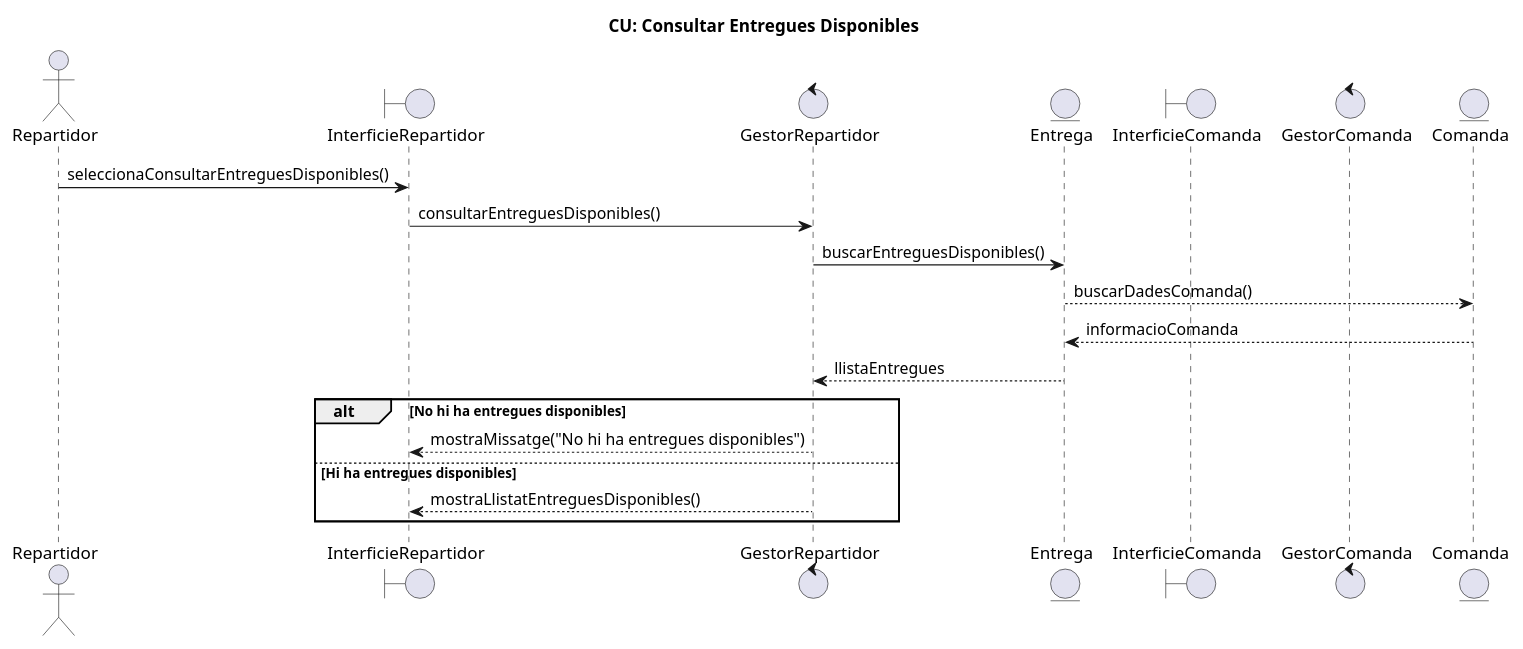
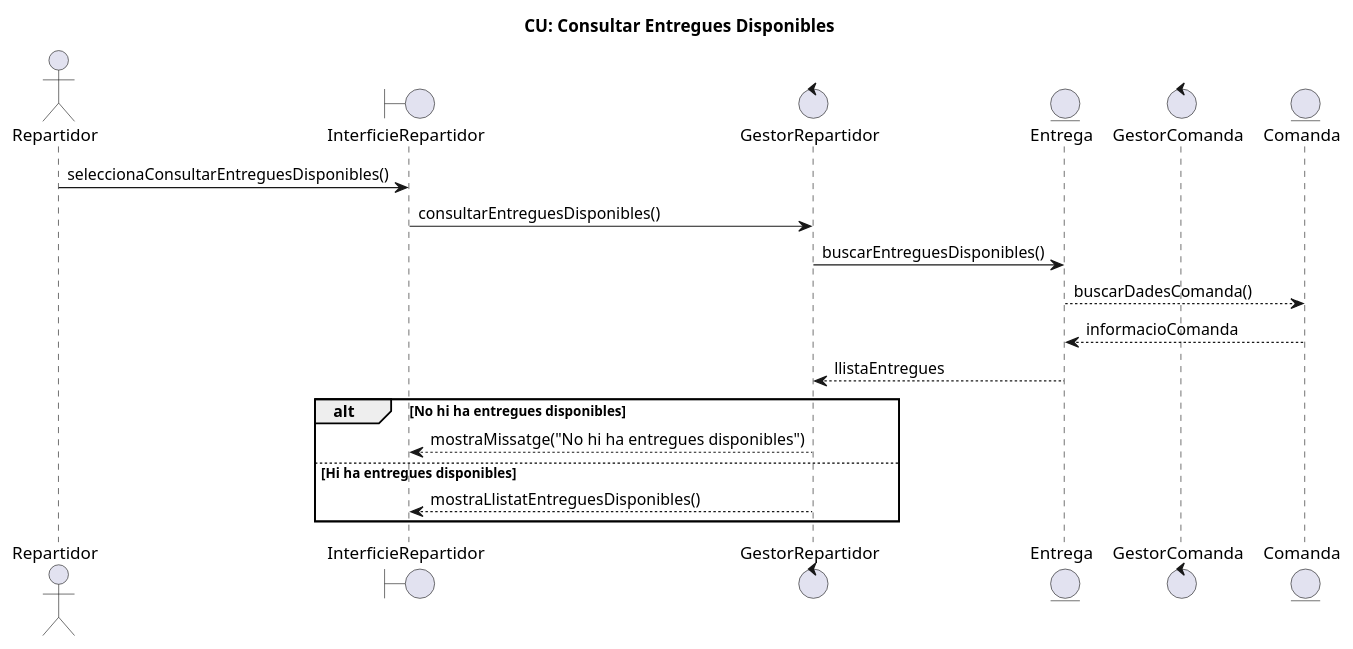
One commit to AndresVT24/ES23UAB-411-5 changed the diagram in others/sprint4/plantuml/repartidor_ConsultarEntreguesDisponibles.puml. Above: the diagram before and after it, drawn with PlantUML. The commit also changed 2 other files, not shown here.

```diff
--- a/others/sprint4/plantuml/repartidor_ConsultarEntreguesDisponibles.puml
+++ b/others/sprint4/plantuml/repartidor_ConsultarEntreguesDisponibles.puml
@@ -1,30 +1,29 @@
 @startuml
 title CU: Consultar Entregues Disponibles
 
 actor Repartidor
 
 boundary InterficieRepartidor
 control GestorRepartidor
 
 entity Entrega
 
-boundary InterficieComanda
 control GestorComanda
 
 entity Comanda
 
 Repartidor -> InterficieRepartidor : seleccionaConsultarEntreguesDisponibles()
 InterficieRepartidor -> GestorRepartidor : consultarEntreguesDisponibles()
 
 GestorRepartidor -> Entrega : buscarEntreguesDisponibles()
 Entrega --> Comanda : buscarDadesComanda()
 Comanda --> Entrega : informacioComanda
 Entrega --> GestorRepartidor : llistaEntregues
 
 alt No hi ha entregues disponibles
     GestorRepartidor --> InterficieRepartidor : mostraMissatge("No hi ha entregues disponibles")
 else Hi ha entregues disponibles
     GestorRepartidor --> InterficieRepartidor : mostraLlistatEntreguesDisponibles()
 end
 
 @enduml
```
